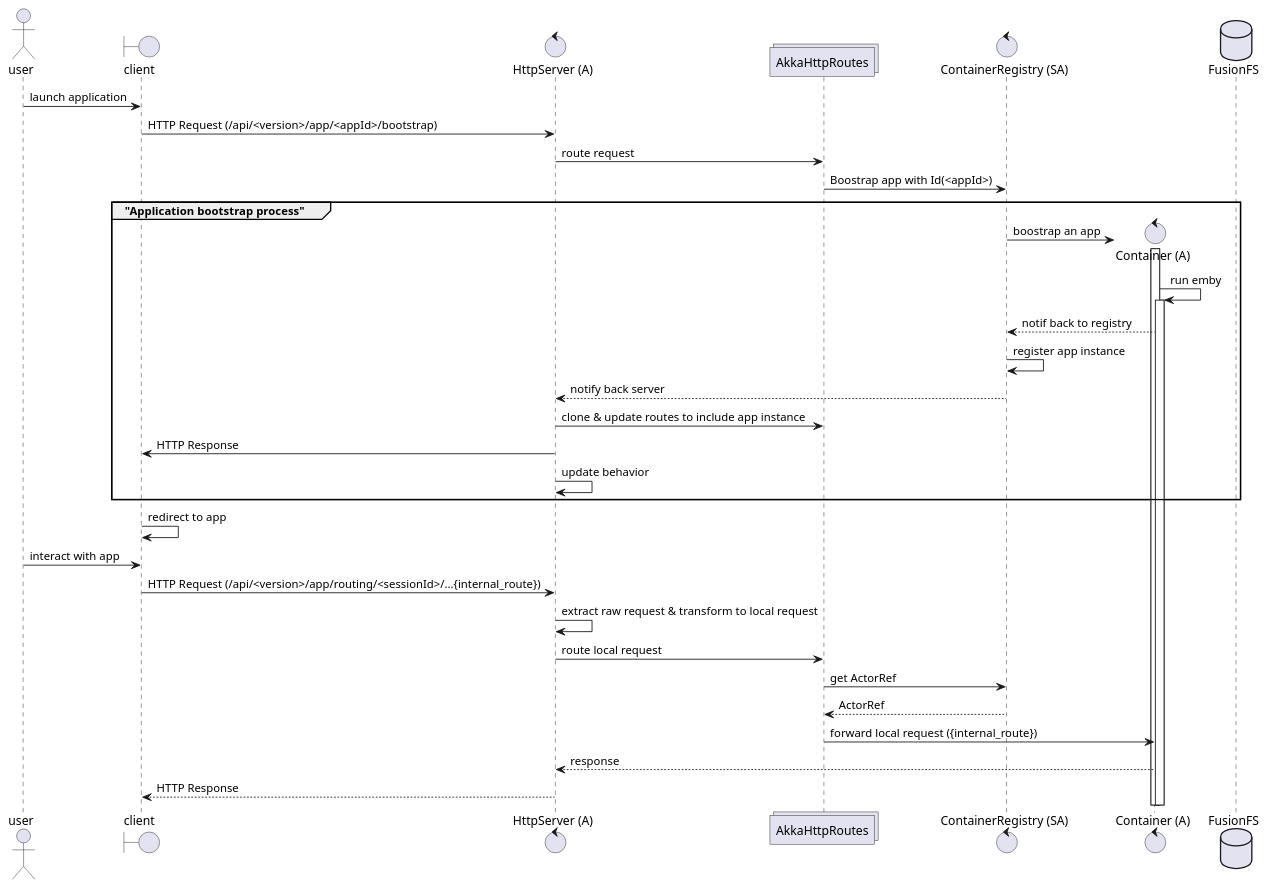
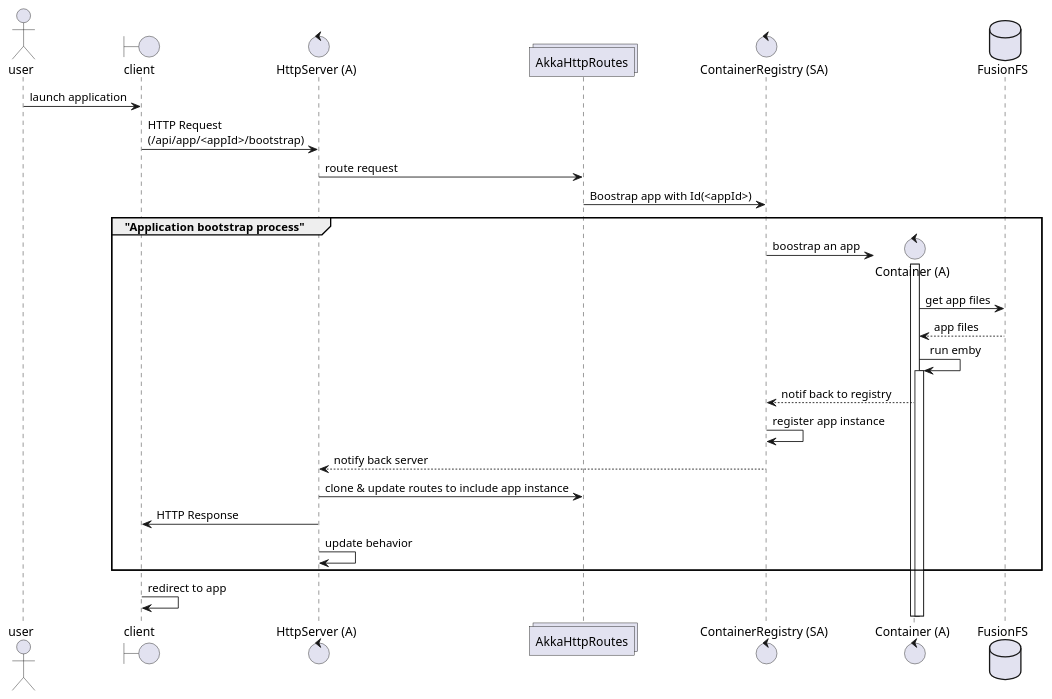
One commit to ormi-org/agamis-fusion changed the first of 3 diagrams in packages/fusion-arch-doc/src/process/emby-life-cycle.puml. Above: the diagram before and after it, drawn with PlantUML. The commit also changed other lines of this file, not shown here.

Commit message:
chore: doc ~ update emby life cycle puml

```diff
--- a/packages/fusion-arch-doc/src/process/emby-life-cycle.puml
+++ b/packages/fusion-arch-doc/src/process/emby-life-cycle.puml
@@ -1,38 +1,30 @@
-@startuml emby-life-cycle
+@startuml emby-start
 actor user
 boundary client
 control "HttpServer (A)" as server
 collections AkkaHttpRoutes as routes
 control "ContainerRegistry (SA)" as reg
 control "Container (A)" as app
 database FusionFS as fs
 
 user -> client : launch application
-client -> server : HTTP Request (/api/<version>/app/<appId>/bootstrap)
+client -> server : HTTP Request\n(/api/app/<appId>/bootstrap)
 server -> routes : route request
 routes -> reg : Boostrap app with Id(<appId>)
 group "Application bootstrap process"
     create app
     reg -> app : boostrap an app
     activate app
+    app -> fs : get app files
+    app <-- fs : app files
     app -> app : run emby
     activate app
     reg <-- app : notif back to registry
     reg -> reg : register app instance
     server <-- reg : notify back server
     server -> routes : clone & update routes to include app instance
     client <- server : HTTP Response
     server -> server : update behavior
 end
 client -> client : redirect to app
-
-user -> client : interact with app
-client -> server : HTTP Request (/api/<version>/app/routing/<sessionId>/...{internal_route})
-server -> server : extract raw request & transform to local request
-server -> routes : route local request
-routes -> reg : get ActorRef
-routes <-- reg : ActorRef
-routes -> app : forward local request ({internal_route})
-server <-- app : response
-client <-- server : HTTP Response
 @enduml
```
